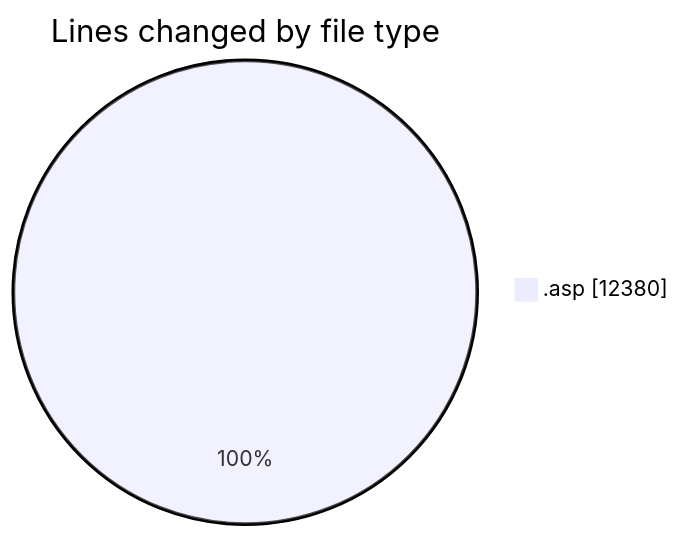
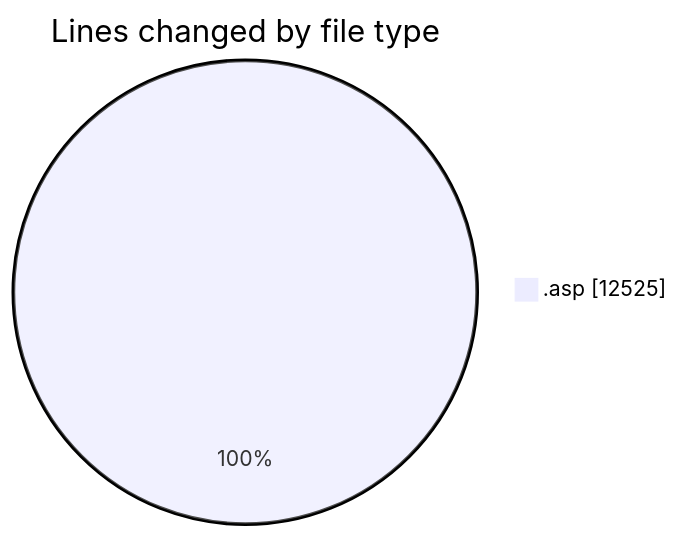
Before and after one commit to julien-gomy/code-tracking: the first of 2 diagrams in 2025-11-28/cdp_aleoudev_fr__workspace_/README.md, drawn with Mermaid. The commit also changed other lines of this file and 1 other file, not shown here.

````diff
--- a/2025-11-28/cdp_aleoudev_fr__workspace_/README.md
+++ b/2025-11-28/cdp_aleoudev_fr__workspace_/README.md
@@ -24,5 +24,5 @@
 ```mermaid
 pie showData
 title Lines changed by file type
-".asp" : 12380
+".asp" : 12525
 ```
````
